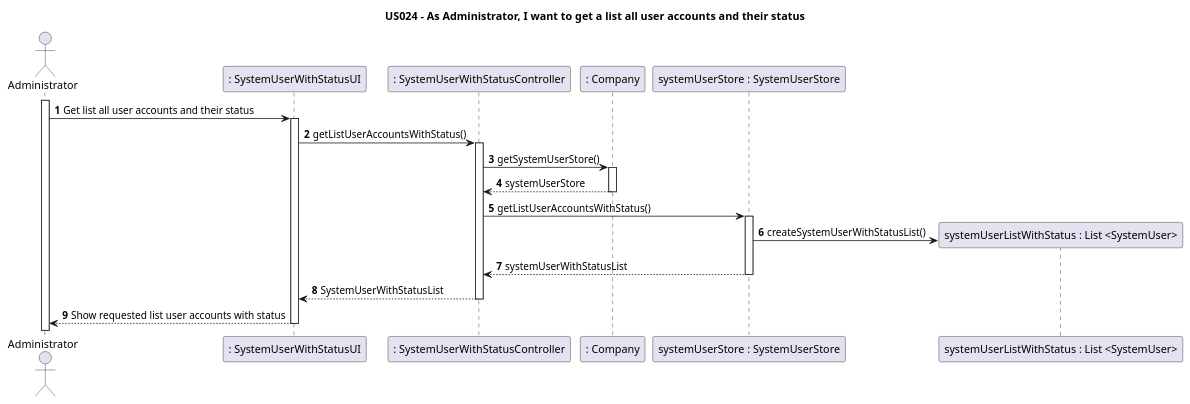
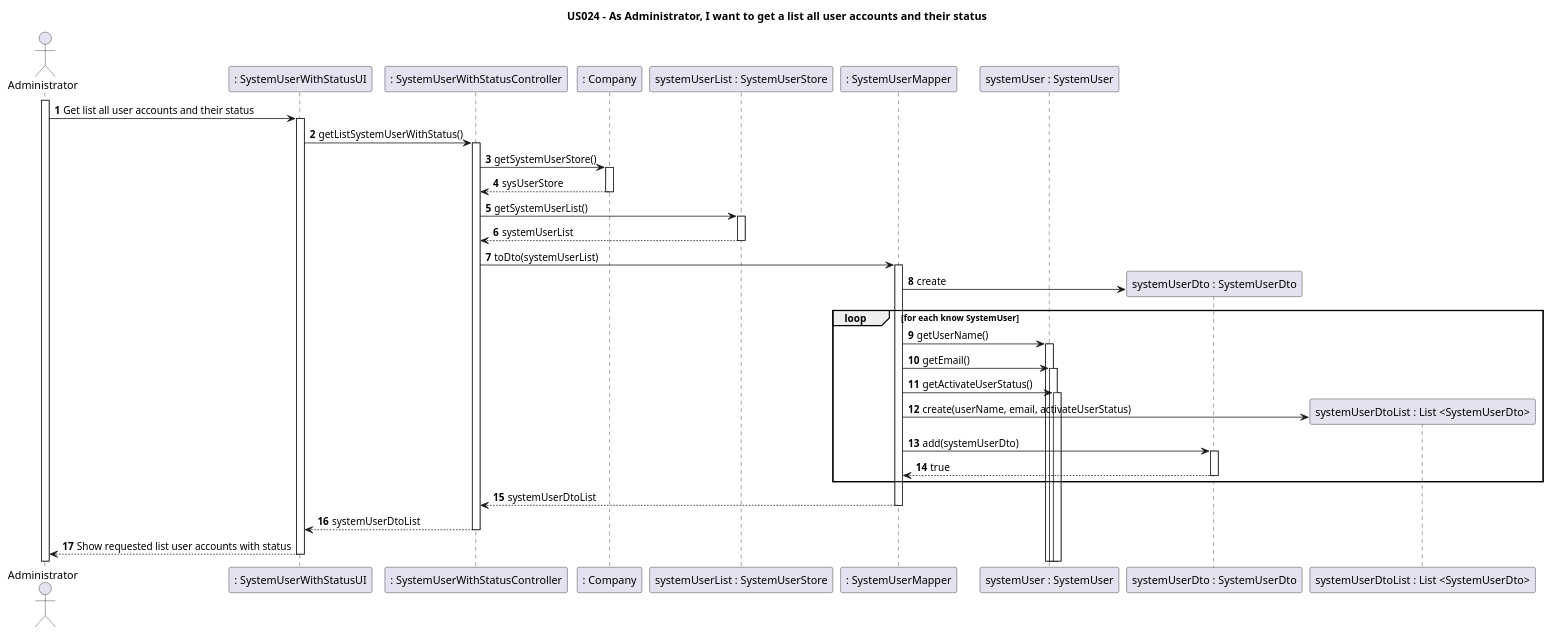
Before and after one commit to nunogon1211787/projectManagement: the diagram in docs/US024/US024-SD.puml, drawn with PlantUML. The commit also changed 7 other files, not shown here.

Commit message:
US024 criação mapper e DTO // testes no controller

```diff
--- a/docs/US024/US024-SD.puml
+++ b/docs/US024/US024-SD.puml
@@ -1,29 +1,46 @@
 @startuml
 'https://plantuml.com/sequence-diagram
 
 title US024 - As Administrator, I want to get a list all user accounts and their status
 
 autoactivate on
 autonumber
 
 actor "Administrator" as User
 participant ": SystemUserWithStatusUI" as System
 participant ": SystemUserWithStatusController" as Ctrl
 participant ": Company" as C1
-participant "systemUserStore : SystemUserStore" as C2
-participant "systemUserListWithStatus : List <SystemUser>" as C3
+participant "systemUserList : SystemUserStore" as C2
+participant ": SystemUserMapper" as C3
+participant "systemUser : SystemUser" as C4
+participant "systemUserDto : SystemUserDto" as C5
+participant "systemUserDtoList : List <SystemUserDto>" as C6
+
+
 
 
 activate User
 
 User -> System: Get list all user accounts and their status
-System -> Ctrl: getListUserAccountsWithStatus()
+System -> Ctrl: getListSystemUserWithStatus()
 Ctrl-> C1 : getSystemUserStore()
-C1--> Ctrl : systemUserStore
-Ctrl->C2 : getListUserAccountsWithStatus()
-C2->C3  ** : createSystemUserWithStatusList()
-C2-->Ctrl : systemUserWithStatusList
-Ctrl-->System : SystemUserWithStatusList
+C1--> Ctrl : sysUserStore
+Ctrl->C2 : getSystemUserList()
+
+C2-->Ctrl : systemUserList
+Ctrl->C3 :toDto(systemUserList)
+
+C3->C5 **: create
+ loop for each know SystemUser
+C3->C4 : getUserName()
+C3->C4 : getEmail()
+C3->C4 : getActivateUserStatus()
+C3-> C6 ** : create(userName, email, activateUserStatus)
+C3->C5 : add(systemUserDto)
+C5-->C3 : true
+end
+C3-->Ctrl: systemUserDtoList
+Ctrl-->System : systemUserDtoList
 System-->User : Show requested list user accounts with status
 
 @enduml
```
